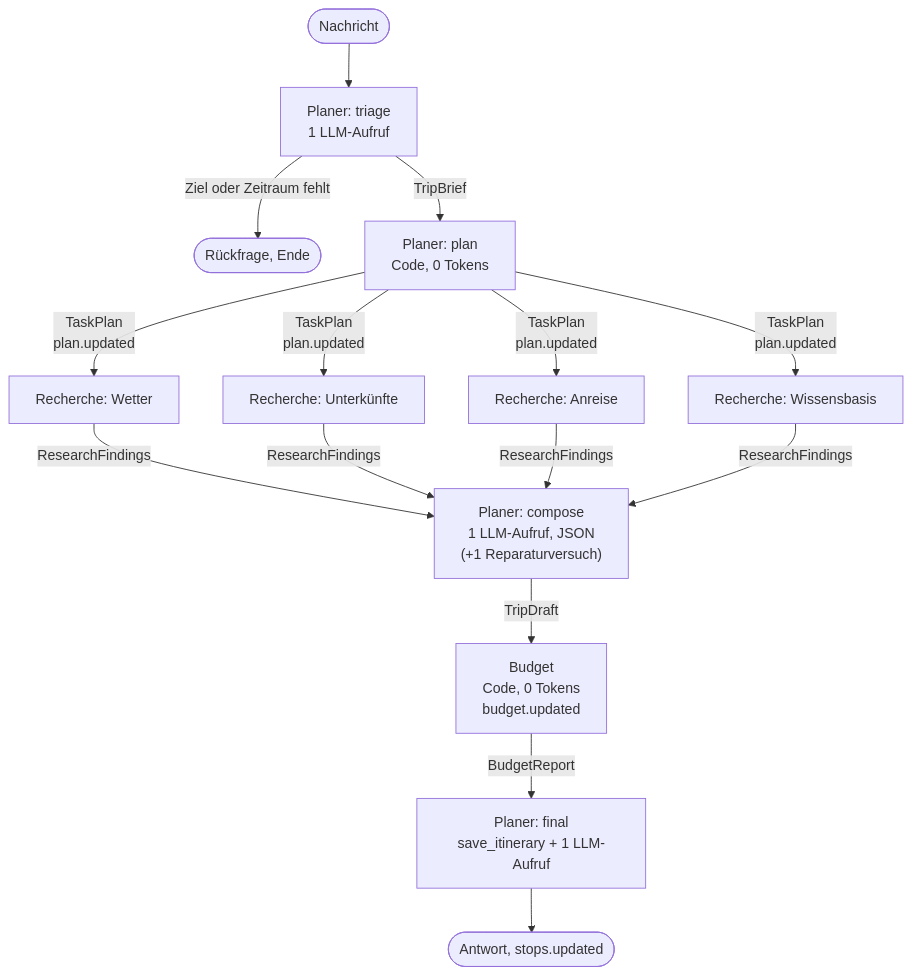
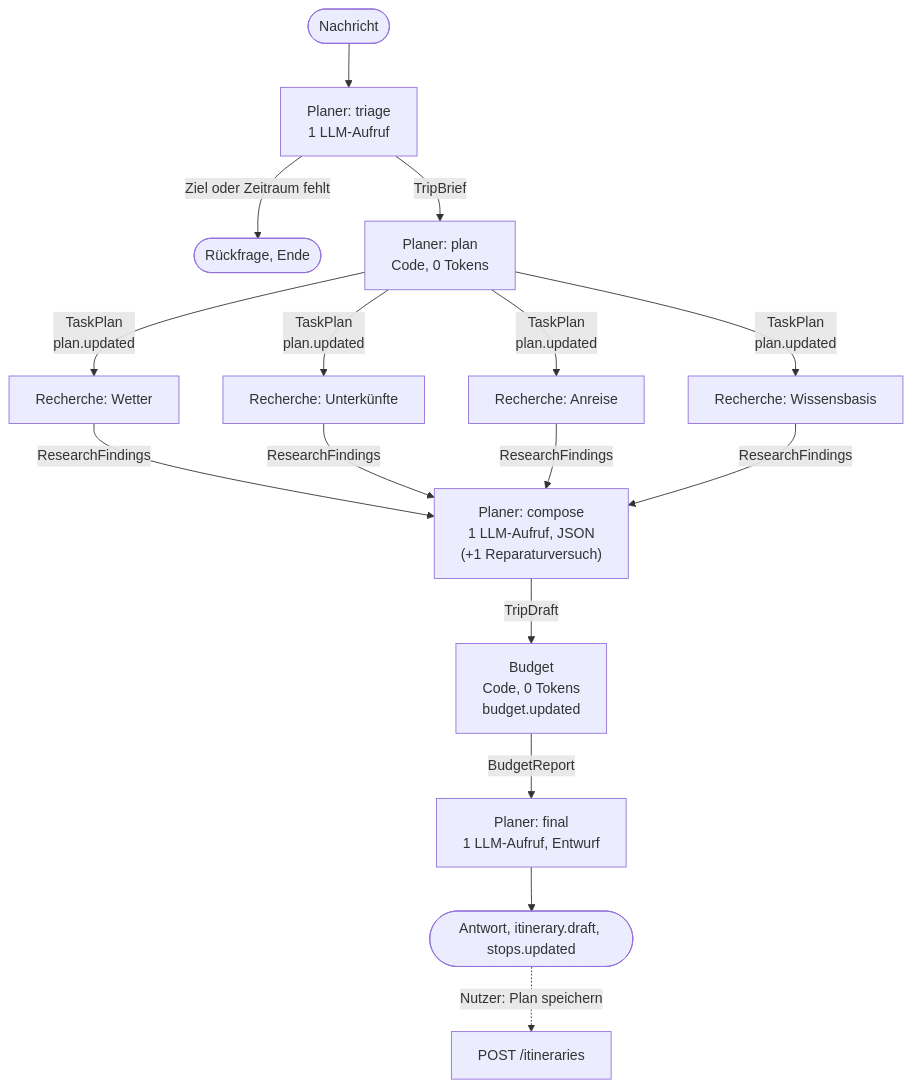
The diagram in docs/phase-3/README.md (hgrosche95/ai-trip-planer), drawn with Mermaid before and after one commit. The commit also changed other lines of this file and 1 other file, not shown here.

First line of the commit message:
docs: Entwurf statt Auto-Speichern im Multi-Modus beschreiben

````diff
--- a/docs/phase-3/README.md
+++ b/docs/phase-3/README.md
@@ -63,11 +99,12 @@
 ```mermaid
 flowchart TD
     M([Nachricht]) --> T["Planer: triage<br/>1 LLM-Aufruf"]
     T -- "Ziel oder Zeitraum fehlt" --> Q([Rückfrage, Ende])
     T -- "TripBrief" --> P["Planer: plan<br/>Code, 0 Tokens"]
     P -- "TaskPlan<br/>plan.updated" --> R1["Recherche: Wetter"] & R2["Recherche: Unterkünfte"] & R3["Recherche: Anreise"] & R4["Recherche: Wissensbasis"]
     R1 & R2 & R3 & R4 -- "ResearchFindings" --> C["Planer: compose<br/>1 LLM-Aufruf, JSON<br/>(+1 Reparaturversuch)"]
     C -- "TripDraft" --> B["Budget<br/>Code, 0 Tokens<br/>budget.updated"]
-    B -- "BudgetReport" --> F["Planer: final<br/>save_itinerary + 1 LLM-Aufruf"]
-    F --> E([Antwort, stops.updated])
+    B -- "BudgetReport" --> F["Planer: final<br/>1 LLM-Aufruf, Entwurf"]
+    F --> E([Antwort, itinerary.draft, stops.updated])
+    E -. "Nutzer: Plan speichern" .-> S["POST /itineraries"]
 ```
````
